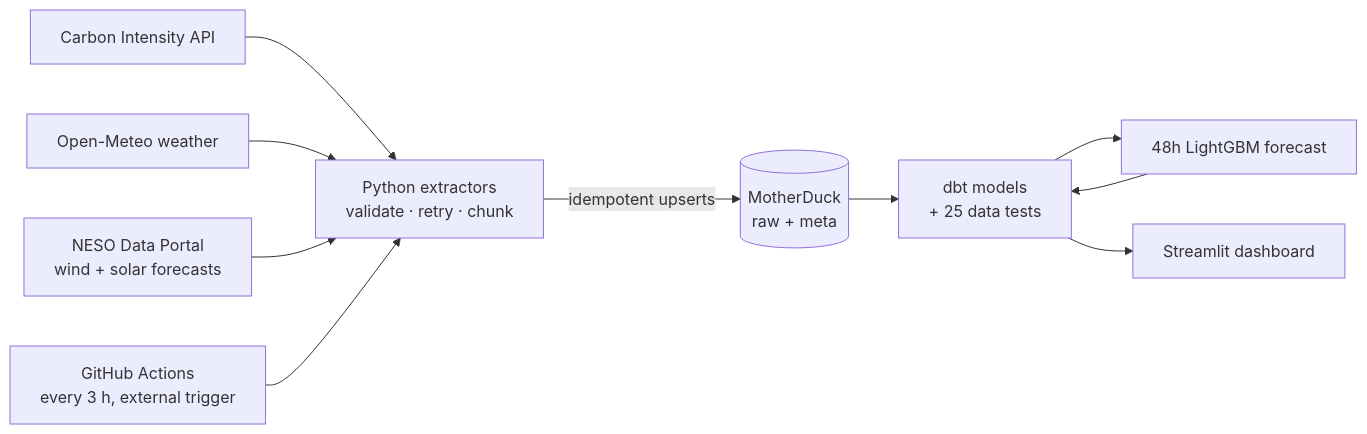
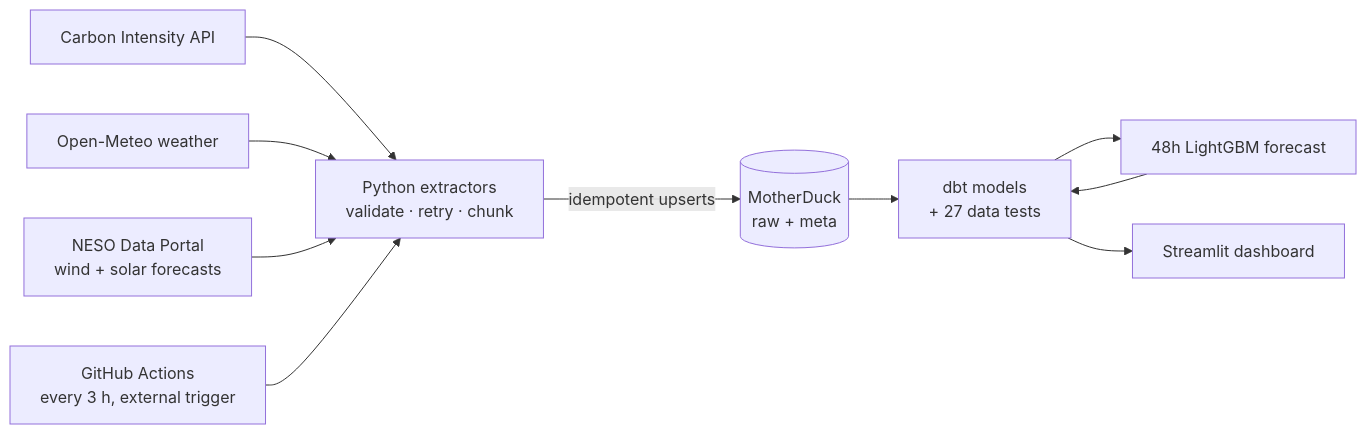
Before and after one commit to p3rpetualpanda/gb-grid-carbon: the diagram in README.md, drawn with Mermaid. The commit also changed other lines of this file and 10 other files, not shown here.

````diff
--- a/README.md
+++ b/README.md
@@ -15,12 +15,12 @@
 ```mermaid
 flowchart LR
   A[Carbon Intensity API] --> E[Python extractors<br/>validate · retry · chunk]
   B[Open-Meteo weather] --> E
   C[NESO Data Portal<br/>wind + solar forecasts] --> E
   E -->|idempotent upserts| R[(MotherDuck<br/>raw + meta)]
-  R --> D[dbt models<br/>+ 25 data tests]
+  R --> D[dbt models<br/>+ 27 data tests]
   D --> F[48h LightGBM forecast]
   F --> D
   D --> S[Streamlit dashboard]
   G[GitHub Actions<br/>every 3 h, external trigger] --> E
 ```
````
